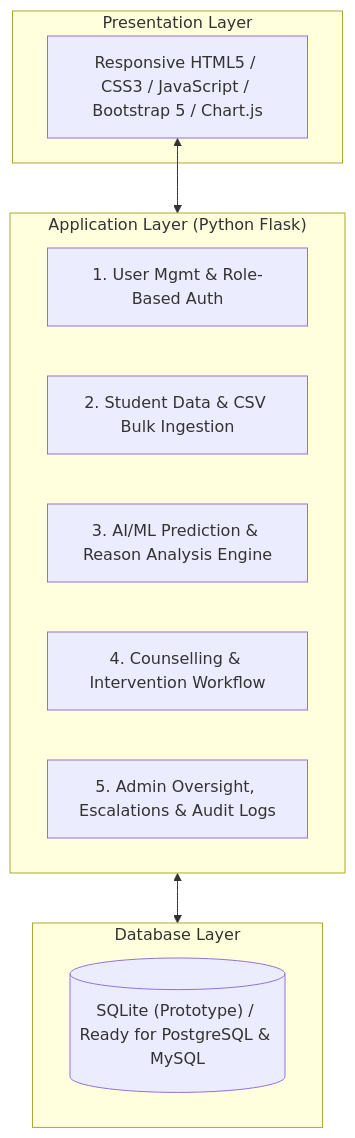
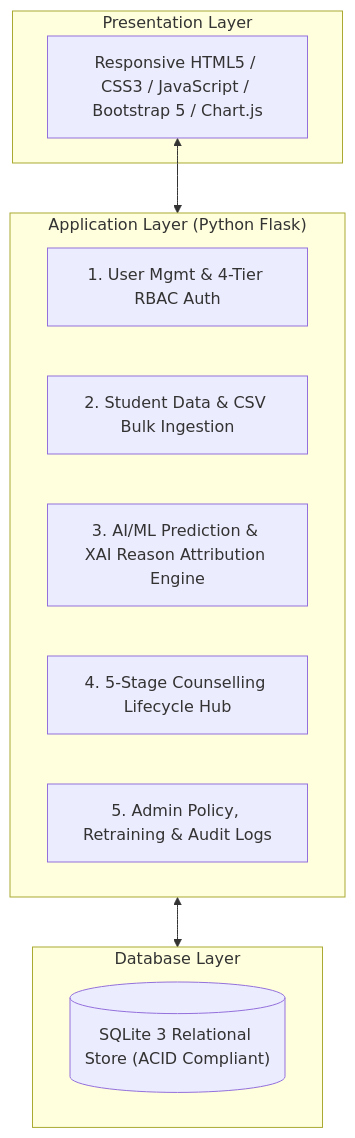
One commit to Shannu1423/student-dropout-prediction changed the diagram in README.md. Above: the diagram before and after it, drawn with Mermaid. The commit also changed other lines of this file and 3 other files, not shown here.

````diff
--- a/README.md
+++ b/README.md
@@ -25,21 +73,21 @@
 ```mermaid
 flowchart TD
     subgraph Presentation ["Presentation Layer"]
         UI["Responsive HTML5 / CSS3 / JavaScript / Bootstrap 5 / Chart.js"]
     end
 
     subgraph Application ["Application Layer (Python Flask)"]
-        AUTH["1. User Mgmt & Role-Based Auth"]
+        AUTH["1. User Mgmt & 4-Tier RBAC Auth"]
         DATA["2. Student Data & CSV Bulk Ingestion"]
-        ML["3. AI/ML Prediction & Reason Analysis Engine"]
-        COUNSEL["4. Counselling & Intervention Workflow"]
-        ADMIN["5. Admin Oversight, Escalations & Audit Logs"]
+        ML["3. AI/ML Prediction & XAI Reason Attribution Engine"]
+        COUNSEL["4. 5-Stage Counselling Lifecycle Hub"]
+        ADMIN["5. Admin Policy, Retraining & Audit Logs"]
     end
 
     subgraph Database ["Database Layer"]
-        DB[("SQLite (Prototype) / Ready for PostgreSQL & MySQL")]
+        DB[("SQLite 3 Relational Store (ACID Compliant)")]
     end
 
     UI <--> Application
     Application <--> Database
 ```
````
